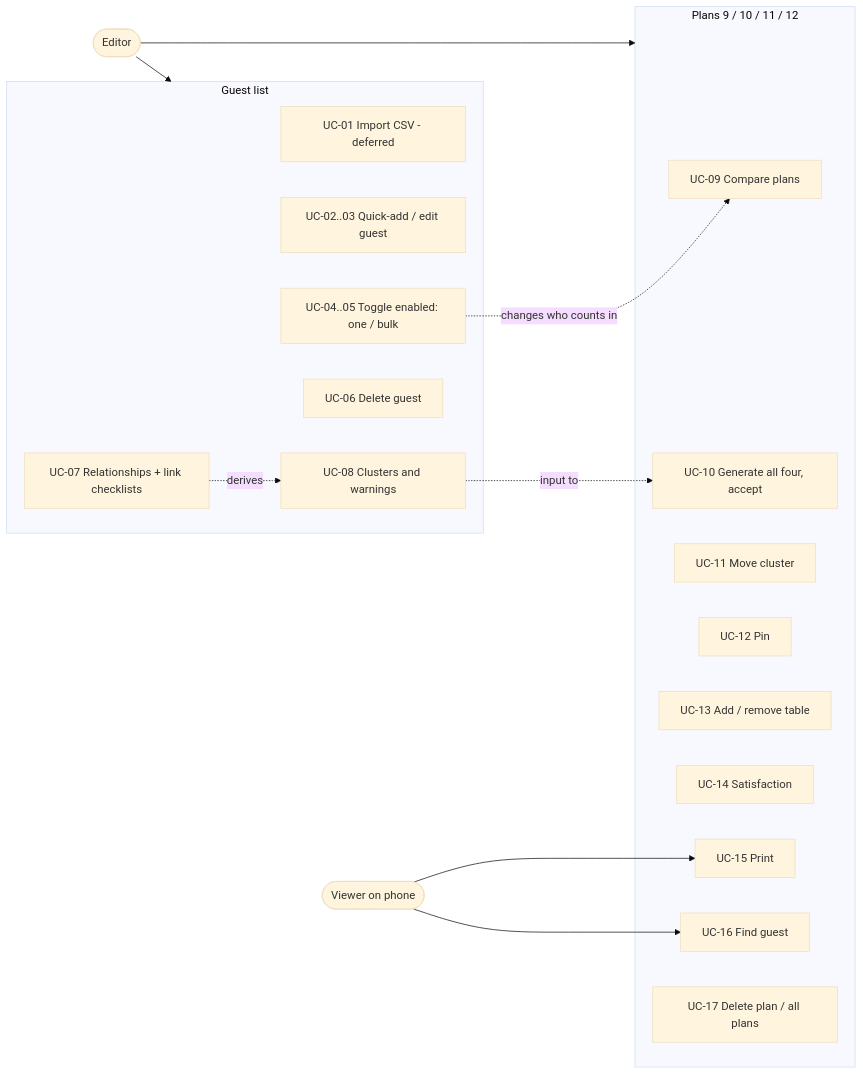
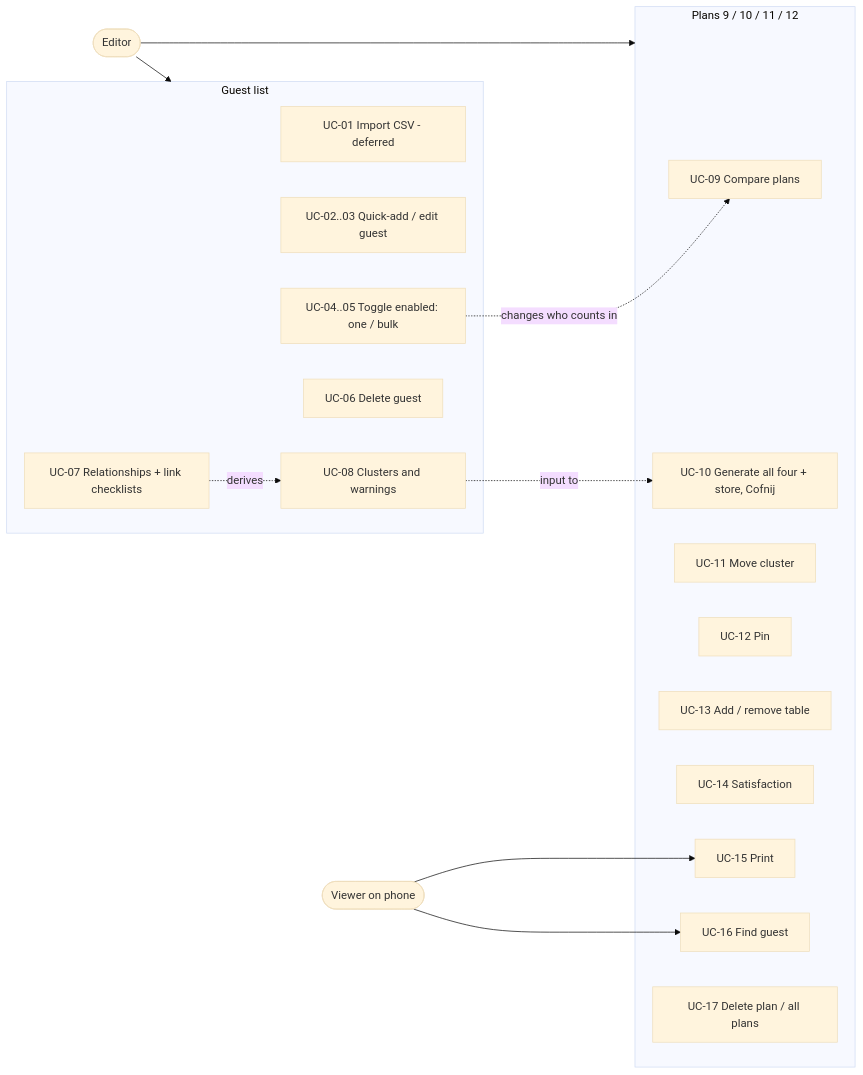
Before and after one commit to emicon123/wedding-seating-planner: the diagram in docs/architecture/01-domain-glossary.md, drawn with Mermaid (base theme). The commit also changed other lines of this file and 17 other files, not shown here.

First line of the commit message:
feat(architecture): Generate stores all four plans at once, Cofnij undo (task 007, phase A)

````diff
--- a/docs/architecture/01-domain-glossary.md
+++ b/docs/architecture/01-domain-glossary.md
@@ -94,31 +95,31 @@
 ```mermaid
 flowchart LR
     E([Editor])
     V([Viewer on phone])
     subgraph GL[Guest list]
         UC01[UC-01 Import CSV - deferred]
         UC02[UC-02..03 Quick-add / edit guest]
         UC04[UC-04..05 Toggle enabled: one / bulk]
         UC06[UC-06 Delete guest]
         UC07[UC-07 Relationships + link checklists]
         UC08[UC-08 Clusters and warnings]
     end
     subgraph SC[Plans 9 / 10 / 11 / 12]
         UC09[UC-09 Compare plans]
-        UC10[UC-10 Generate all four, accept]
+        UC10[UC-10 Generate all four + store, Cofnij]
         UC11[UC-11 Move cluster]
         UC12[UC-12 Pin]
         UC13[UC-13 Add / remove table]
         UC14[UC-14 Satisfaction]
         UC15[UC-15 Print]
         UC16[UC-16 Find guest]
         UC17[UC-17 Delete plan / all plans]
     end
     E --> GL
     E --> SC
     V --> UC16
     V --> UC15
     UC07 -. derives .-> UC08
     UC04 -. changes who counts in .-> UC09
     UC08 -. input to .-> UC10
 ```
````
